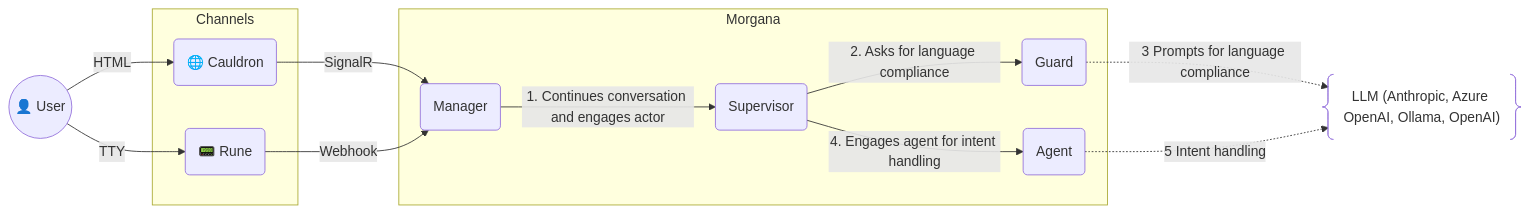
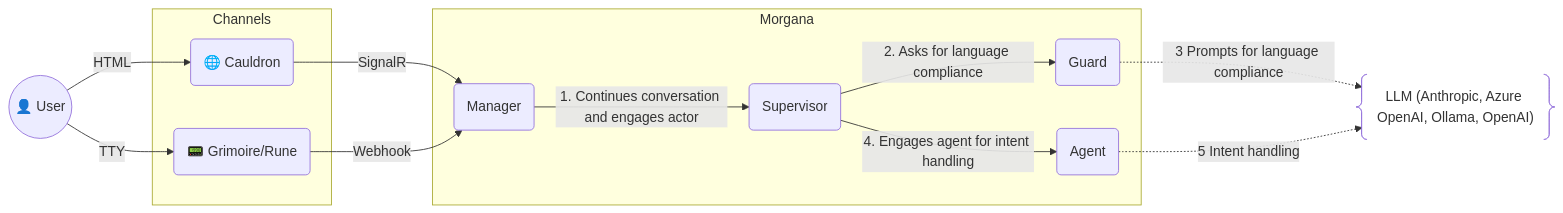
The second of 2 diagrams in README.md (mdesalvo/Morgana), drawn with Mermaid before and after one commit. The commit also changed other lines of this file and 43 other files, not shown here.

````diff
--- a/README.md
+++ b/README.md
@@ -148,36 +149,36 @@
 ```mermaid
 graph LR
   U@{shape: circle, label: "👤 User"}
 
   %% Channels (reference clients, out-of-the-box)
   subgraph Channels["Channels"]
     CLD@{shape: rounded, label: "🌐 Cauldron"}
-    RUN@{shape: rounded, label: "📟 Rune"}
+    RUN@{shape: rounded, label: "📟 Grimoire/Rune"}
   end
 
   %% Backend boundary
   subgraph Morgana["Morgana"]
     CM@{shape: rounded, label: "Manager"}
     SV@{shape: rounded, label: "Supervisor"}
 
     G@{shape: rounded, label: "Guard"}
     MA@{shape: rounded, label: "Agent"}
   end
 
   %% User → Channel
   U -- HTML --> CLD
   U -- TTY --> RUN
 
   %% Channel → BE
   CLD -- SignalR --> CM
   RUN -- Webhook --> CM
   CM -- 1. Continues conversation and engages actor --> SV
 
   %% Internal BE flow
   SV -- 2. Asks for language compliance --> G
   SV -- 4. Engages agent for intent handling --> MA
 
   %% External systems
   G -. 3 Prompts for language compliance .-> LLM@{shape: braces, label: "LLM (Anthropic, Azure OpenAI, Ollama, OpenAI)"}
   MA -. 5 Intent handling .-> LLM
 ```
````
